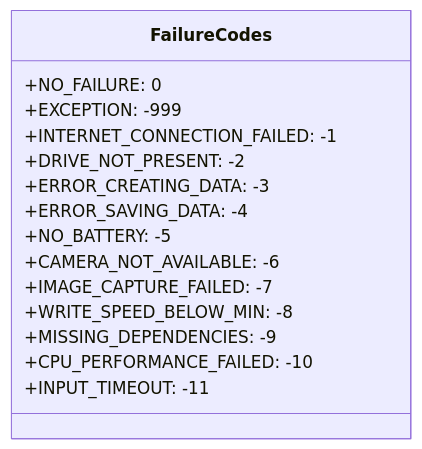
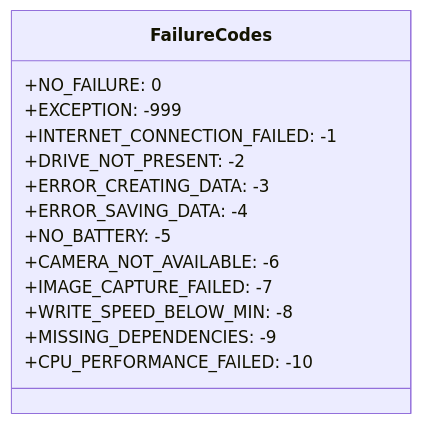
The fourth of 4 diagrams in example_1/README.md (onnyx-systems/onnyx-test-examples), drawn with Mermaid before and after one commit. The commit also changed other lines of this file and 27 other files, not shown here.

````diff
--- a/example_1/README.md
+++ b/example_1/README.md
@@ -239,18 +271,17 @@
 ```mermaid
 classDiagram
     class FailureCodes {
         +NO_FAILURE: 0
         +EXCEPTION: -999
         +INTERNET_CONNECTION_FAILED: -1
         +DRIVE_NOT_PRESENT: -2
         +ERROR_CREATING_DATA: -3
         +ERROR_SAVING_DATA: -4
         +NO_BATTERY: -5
         +CAMERA_NOT_AVAILABLE: -6
         +IMAGE_CAPTURE_FAILED: -7
         +WRITE_SPEED_BELOW_MIN: -8
         +MISSING_DEPENDENCIES: -9
         +CPU_PERFORMANCE_FAILED: -10
-        +INPUT_TIMEOUT: -11
     }
 ```
````
